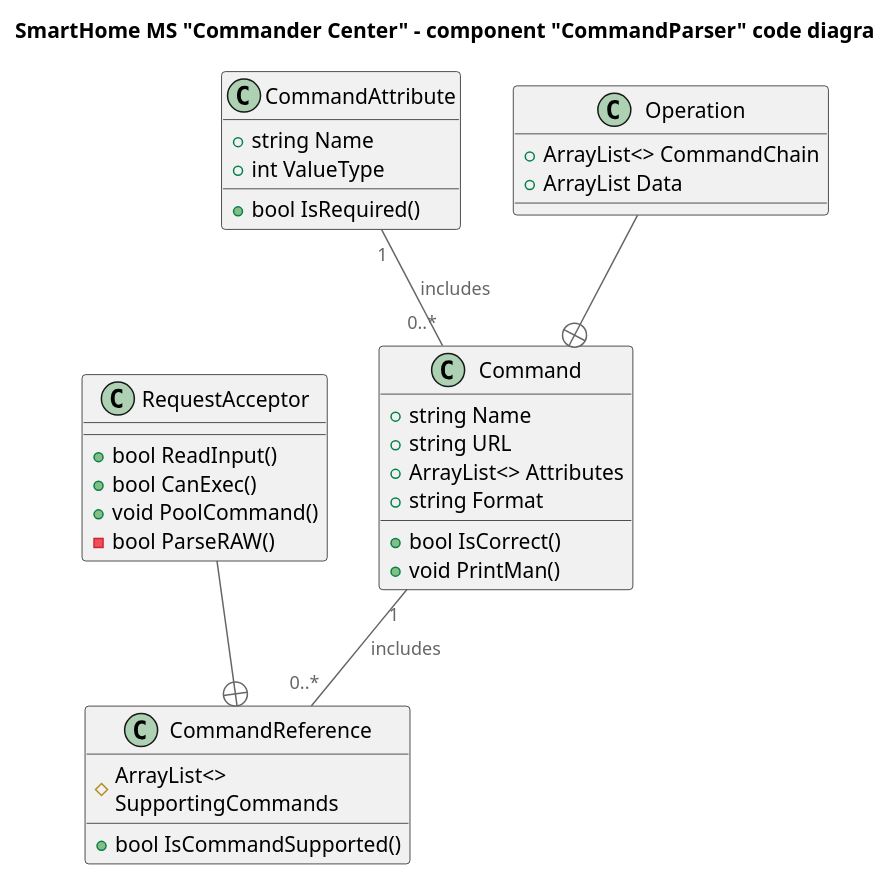
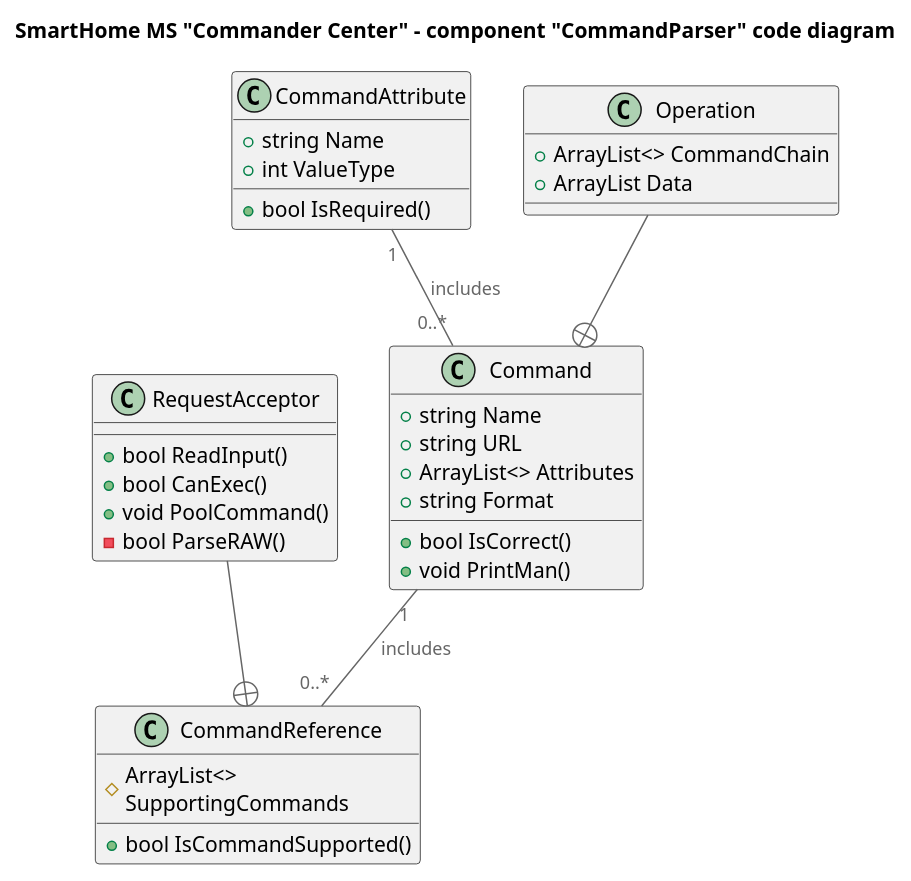
The diagram in apps/smart_home/docs/diagrams/ms_wh_code.puml (vnikiforov/YaEdu), drawn with PlantUML before and after one commit. The commit also changed 1 other file, not shown here.

```diff
--- a/apps/smart_home/docs/diagrams/ms_wh_code.puml
+++ b/apps/smart_home/docs/diagrams/ms_wh_code.puml
@@ -1,47 +1,47 @@
 @startuml
-title SmartHome MS "Commander Center" - component "CommandParser" code diagra
+title SmartHome MS "Commander Center" - component "CommandParser" code diagram
 
 top to bottom direction
 
 !includeurl c4tpl/C4_Component.puml
 
 class Command{
     +string Name
     +string URL
     +ArrayList<> Attributes
     +string Format
 
     +bool IsCorrect()
     +void PrintMan()
 }
 
 class CommandReference {
     #ArrayList<> SupportingCommands
     +bool IsCommandSupported()
 }
 
 class CommandAttribute {
     +string Name
     +int ValueType
     +bool IsRequired()
 }
 
 class RequestAcceptor{
     +bool ReadInput()
     +bool CanExec()
     +void PoolCommand()
     -bool ParseRAW()
 }
 
 class Operation{
     +ArrayList<> CommandChain
     +ArrayList Data
 }
 
 RequestAcceptor --+ CommandReference
 CommandAttribute "1" -- "0..*" Command : includes
 Command "1" -- "0..*" CommandReference : includes
 Operation --+ Command
 
 
 @enduml
```
